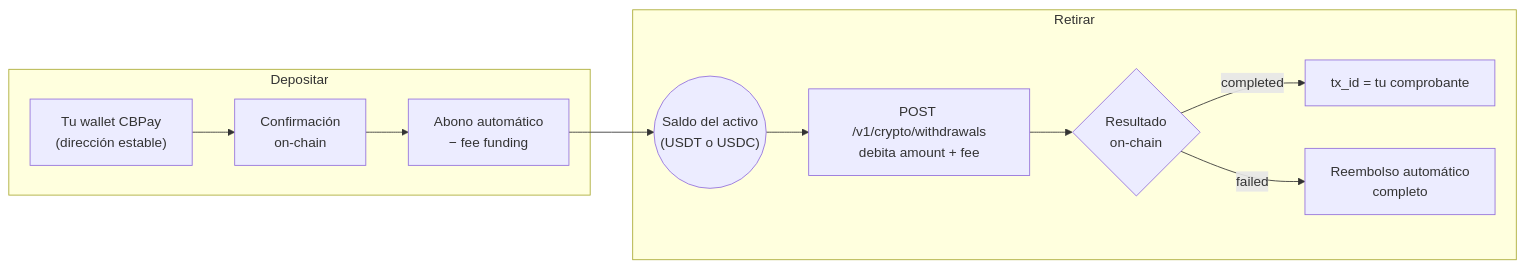
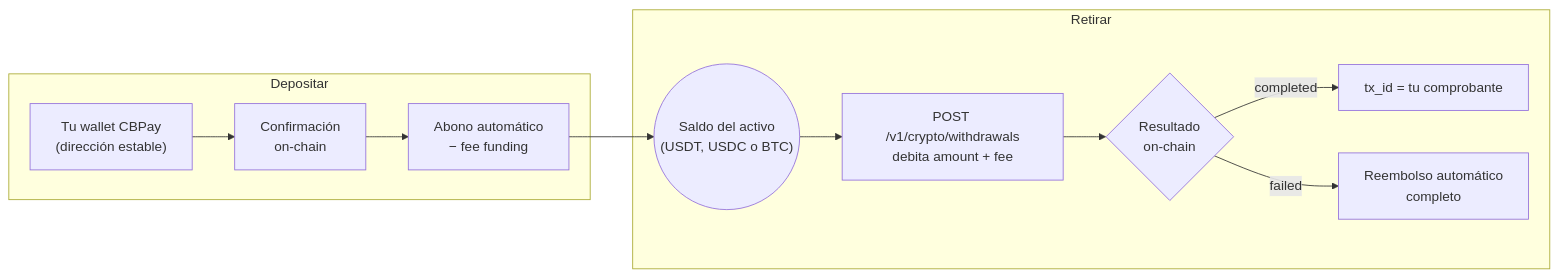
Before and after one commit to SaturoS17/docs: the diagram in es/guias/crypto.mdx, drawn with Mermaid. The commit also changed other lines of this file and 19 other files, not shown here.

````diff
--- a/es/guias/crypto.mdx
+++ b/es/guias/crypto.mdx
@@ -20,14 +22,14 @@
 ```mermaid
 flowchart LR
     subgraph entrada [Depositar]
         wallet["Tu wallet CBPay<br/>(dirección estable)"] --> confirmado["Confirmación<br/>on-chain"]
         confirmado --> abono["Abono automático<br/>− fee funding"]
     end
-    abono --> saldo(("Saldo del activo<br/>(USDT o USDC)"))
+    abono --> saldo(("Saldo del activo<br/>(USDT, USDC o BTC)"))
     subgraph salida [Retirar]
         saldo --> retiro["POST /v1/crypto/withdrawals<br/>debita amount + fee"]
         retiro --> onchain{"Resultado<br/>on-chain"}
         onchain -->|"completed"| txid["tx_id = tu comprobante"]
         onchain -->|"failed"| refund["Reembolso automático<br/>completo"]
     end
 ```
````
